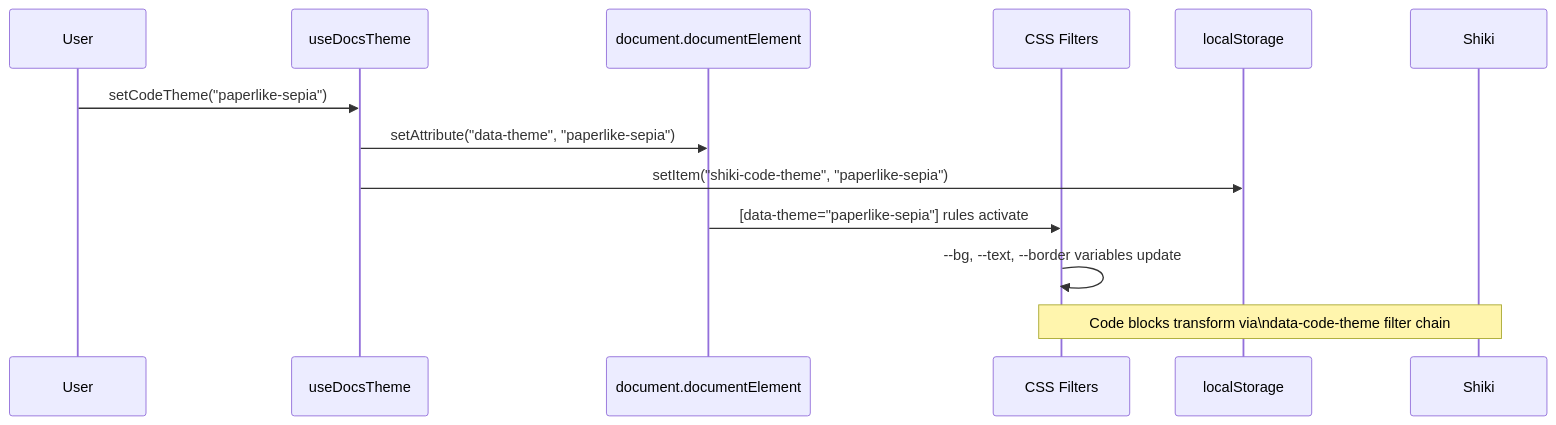
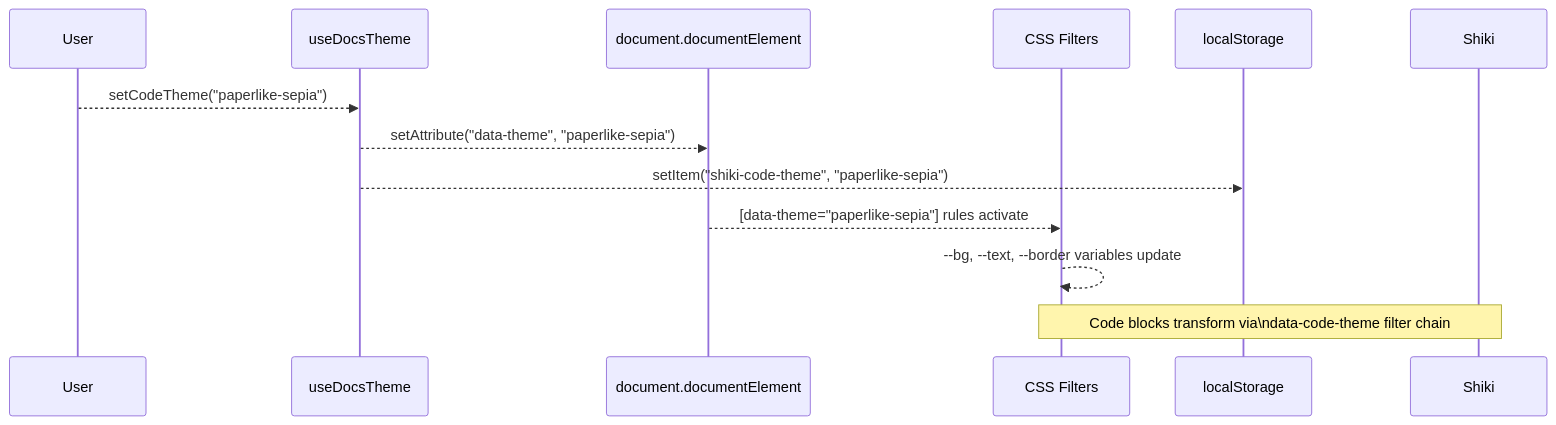
Before and after one commit to naranyala/naravisuals-web: the second of 2 diagrams in docs/03-guides/02-css-theme-architecture.md, drawn with Mermaid. The commit also changed 45 other files, not shown here.

````diff
--- a/docs/03-guides/02-css-theme-architecture.md
+++ b/docs/03-guides/02-css-theme-architecture.md
@@ -98,15 +98,15 @@
 ```mermaid:desc=Theme switching sequence diagram
 sequenceDiagram
     participant User
     participant Hook as useDocsTheme
     participant DOM as document.documentElement
     participant CSS as CSS Filters
     participant LS as localStorage
 
-    User->>Hook: setCodeTheme("paperlike-sepia")
-    Hook->>DOM: setAttribute("data-theme", "paperlike-sepia")
-    Hook->>LS: setItem("shiki-code-theme", "paperlike-sepia")
-    DOM->>CSS: [data-theme="paperlike-sepia"] rules activate
-    CSS->>CSS: --bg, --text, --border variables update
+    User-->>Hook: setCodeTheme("paperlike-sepia")
+    Hook-->>DOM: setAttribute("data-theme", "paperlike-sepia")
+    Hook-->>LS: setItem("shiki-code-theme", "paperlike-sepia")
+    DOM-->>CSS: [data-theme="paperlike-sepia"] rules activate
+    CSS-->>CSS: --bg, --text, --border variables update
     Note over CSS,Shiki: Code blocks transform via\ndata-code-theme filter chain
 ```
````
